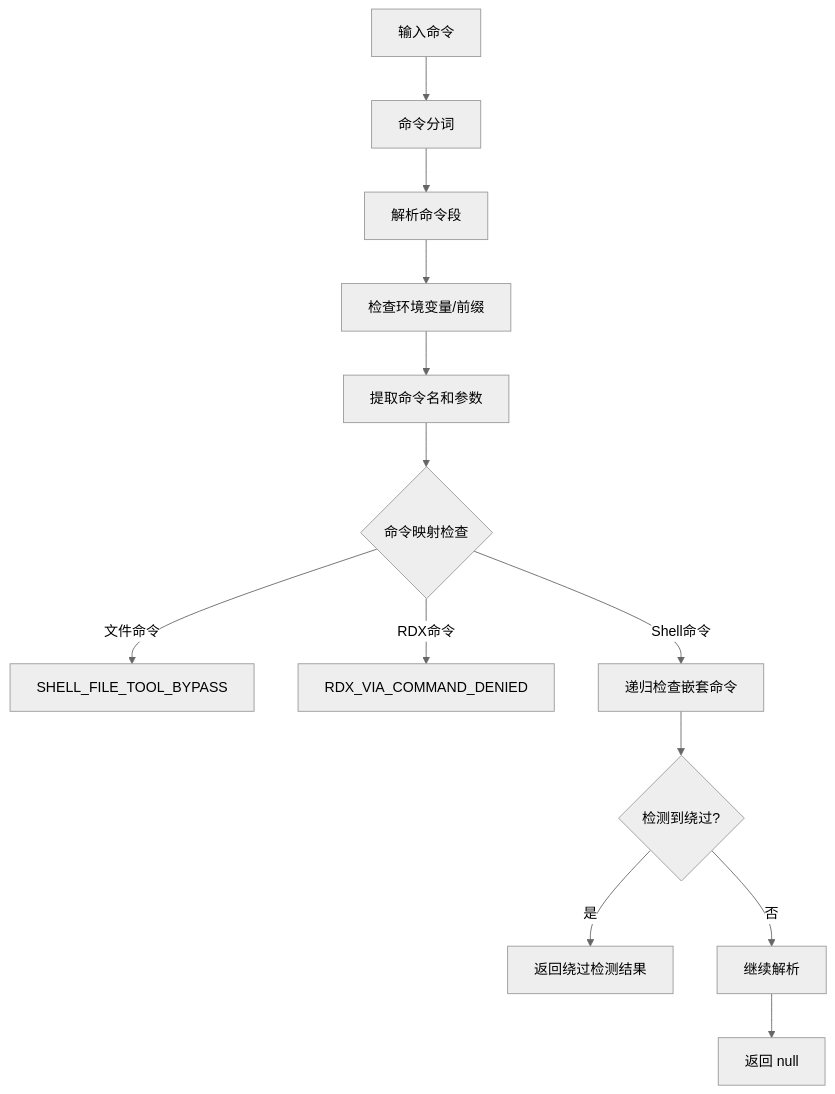
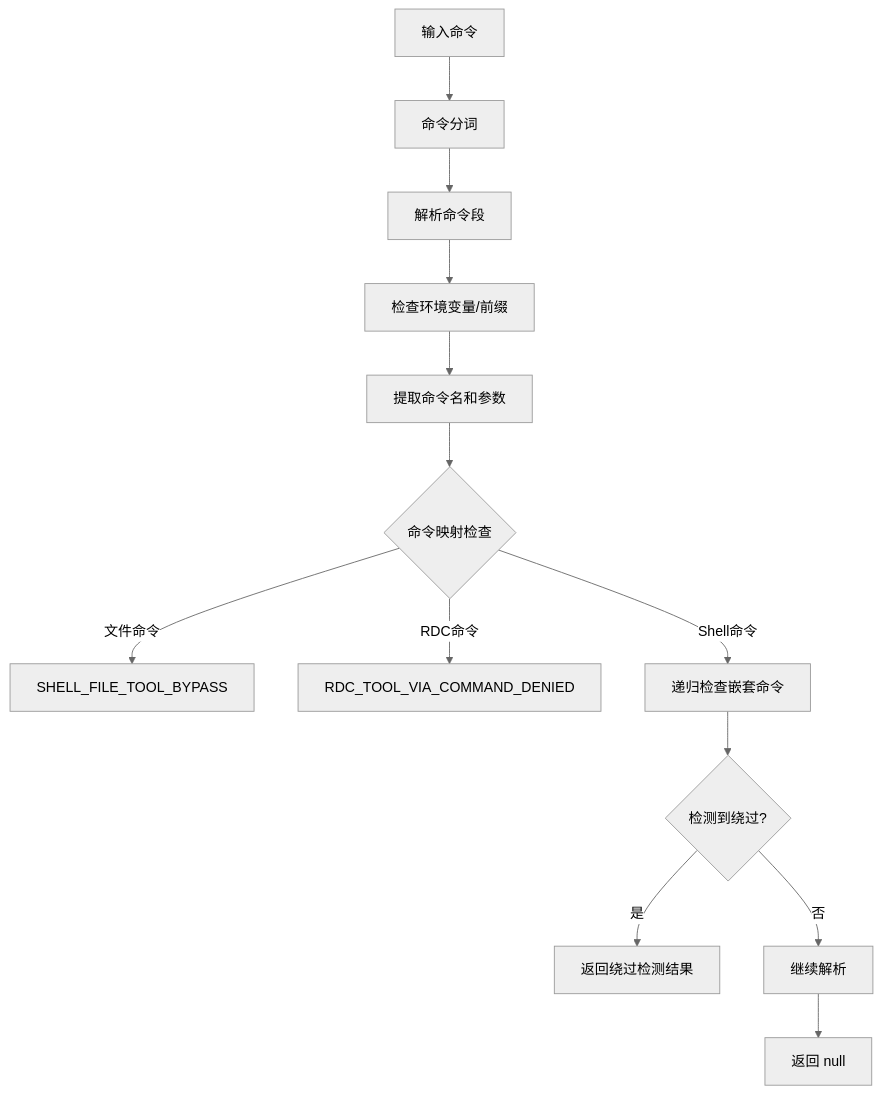
The fourth of 8 diagrams in .qoder/repowiki/zh/content/安全考虑/权限控制系统.md (haolange/RDC-Agent), drawn with Mermaid (neutral theme) before and after one commit. The commit also changed other lines of this file and 557 other files, not shown here.

First line of the commit message:
Unify RDC-Agent identity and canonical RDC-Tool integration

````diff
--- a/.qoder/repowiki/zh/content/安全考虑/权限控制系统.md
+++ b/.qoder/repowiki/zh/content/安全考虑/权限控制系统.md
@@ -240,15 +240,15 @@
 ```mermaid
 flowchart TD
 Cmd["输入命令"] --> Tokenize["命令分词"]
 Tokenize --> Parse["解析命令段"]
 Parse --> CheckPrefix["检查环境变量/前缀"]
 CheckPrefix --> Extract["提取命令名和参数"]
 Extract --> MapCheck{"命令映射检查"}
 MapCheck --> |文件命令| BypassDetected["SHELL_FILE_TOOL_BYPASS"]
-MapCheck --> |RDX命令| Denied["RDX_VIA_COMMAND_DENIED"]
+MapCheck --> |RDC命令| Denied["RDC_TOOL_VIA_COMMAND_DENIED"]
 MapCheck --> |Shell命令| Nested["递归检查嵌套命令"]
 Nested --> NestedResult{"检测到绕过?"}
 NestedResult --> |是| ReturnBypass["返回绕过检测结果"]
 NestedResult --> |否| Continue["继续解析"]
 Continue --> End["返回 null"]
 ```
````
